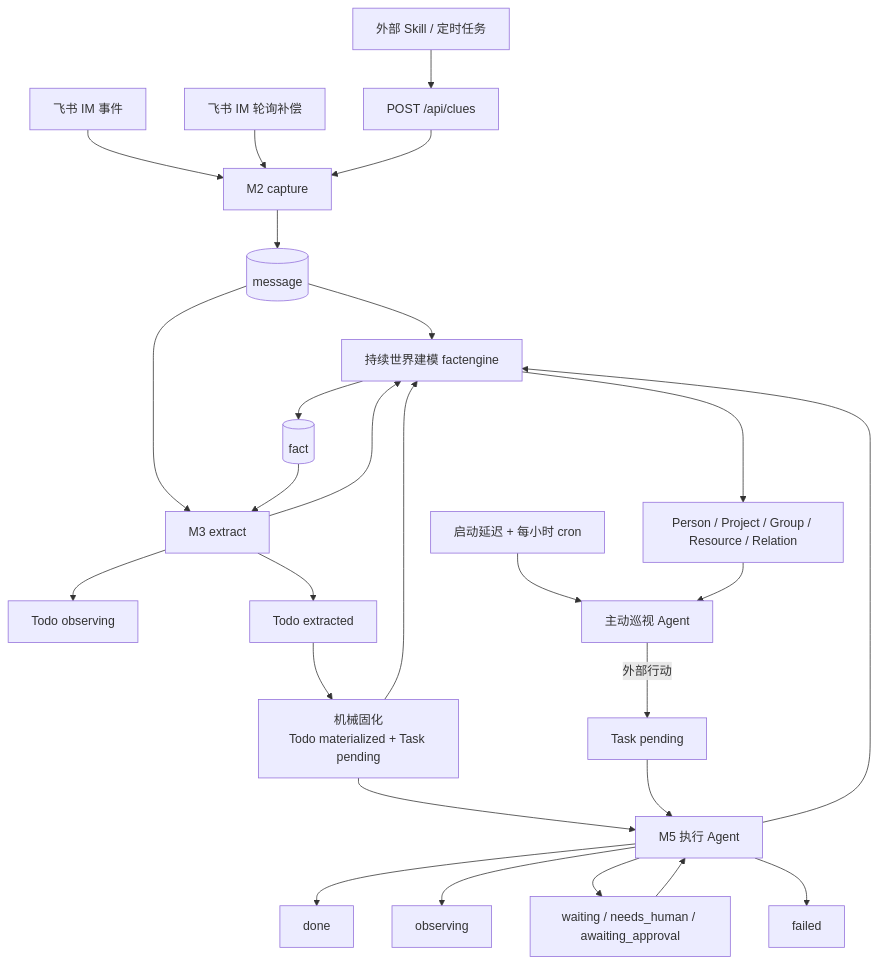
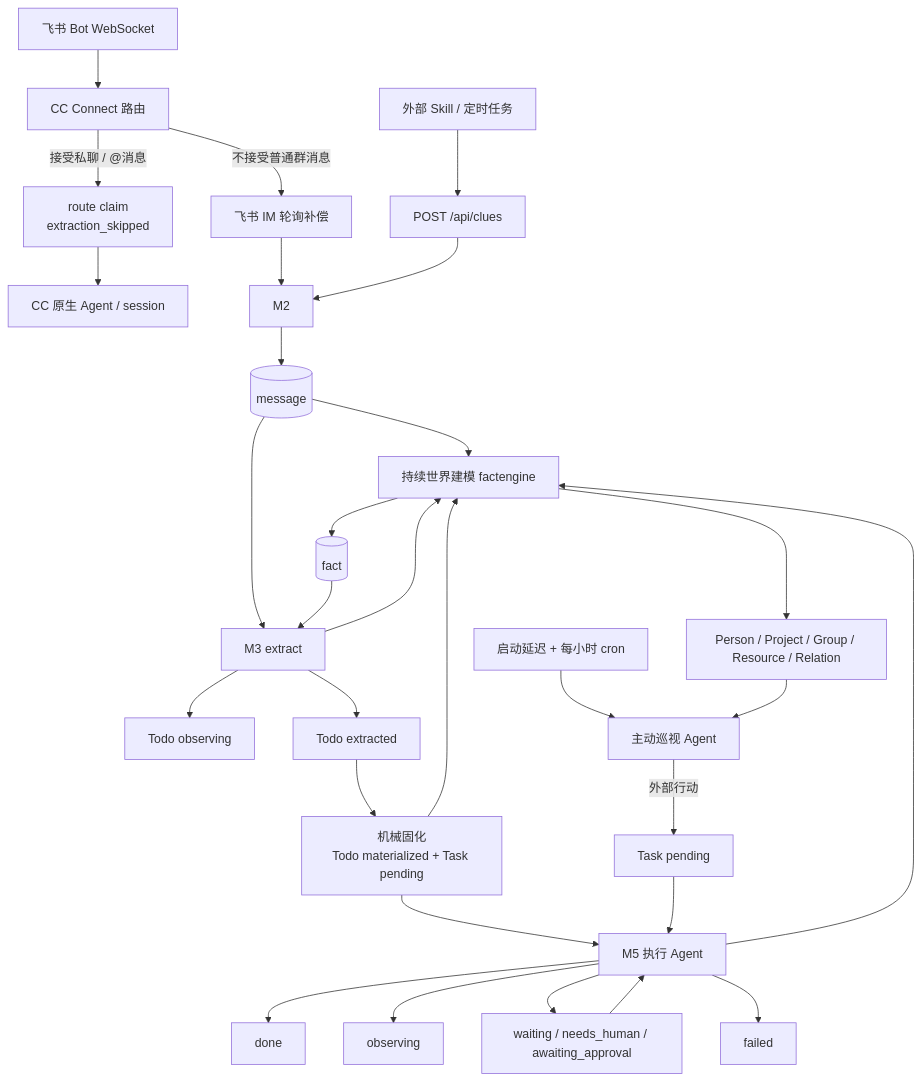
One commit to mjscjj/jarvis changed the second of 2 diagrams in docs/00-overview.md. Above: the diagram before and after it, drawn with Mermaid. The commit also changed other lines of this file and 23 other files, not shown here.

````diff
--- a/docs/00-overview.md
+++ b/docs/00-overview.md
@@ -45,26 +45,29 @@
 ```mermaid
 flowchart TD
-    EVENT["飞书 IM 事件"] --> M2["M2 capture"]
+    EVENT["飞书 Bot WebSocket"] --> CC["CC Connect 路由"]
+    CC -->|"接受私聊 / @消息"| CLAIM["route claim\nextraction_skipped"]
+    CLAIM --> CCA["CC 原生 Agent / session"]
+    CC -->|"不接受普通群消息"| POLL
     POLL["飞书 IM 轮询补偿"] --> M2
     EXT["外部 Skill / 定时任务"] --> CLUE["POST /api/clues"] --> M2
     M2 --> MSG[("message")]
     MSG --> FACT["持续世界建模 factengine"] --> F[("fact")]
     MSG --> M3["M3 extract"]
     F --> M3
     M3 --> OBS0["Todo observing"]
     M3 --> EXT0["Todo extracted"]
     M3 --> FACT
     EXT0 --> MATERIALIZED["机械固化\nTodo materialized + Task pending"]
     MATERIALIZED --> EXEC["M5 执行 Agent"]
     MATERIALIZED --> FACT
     EXEC --> FACT
     EXEC --> DONE["done"]
     EXEC --> OBS2["observing"]
     EXEC --> WAIT["waiting / needs_human / awaiting_approval"]
     EXEC --> FAIL["failed"]
     WAIT --> EXEC
     CRON["启动延迟 + 每小时 cron"] --> PROACTIVE["主动巡视 Agent"]
     FACT --> WORLD["Person / Project / Group / Resource / Relation"]
     WORLD --> PROACTIVE
     PROACTIVE -->|"外部行动"| PTASK["Task pending"] --> EXEC
 ```
````
